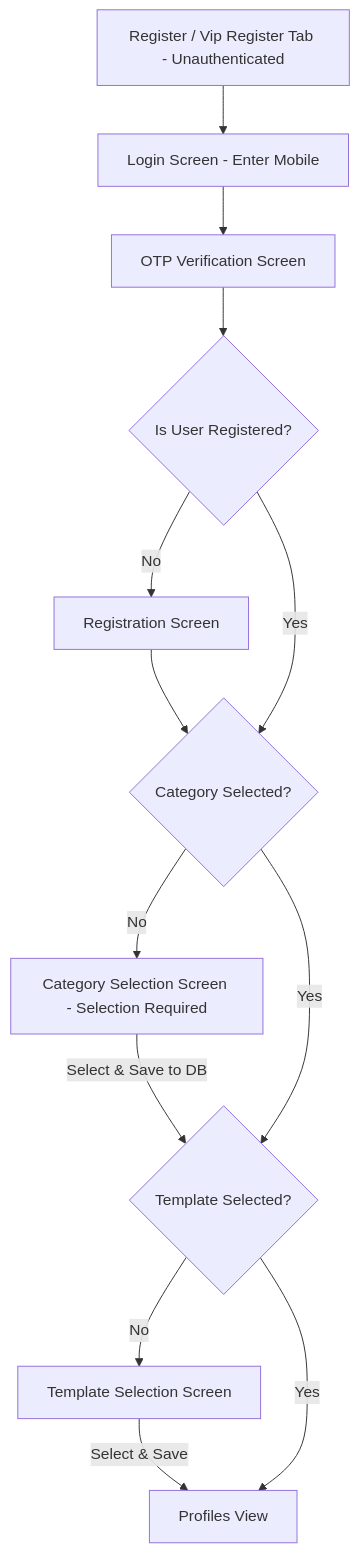
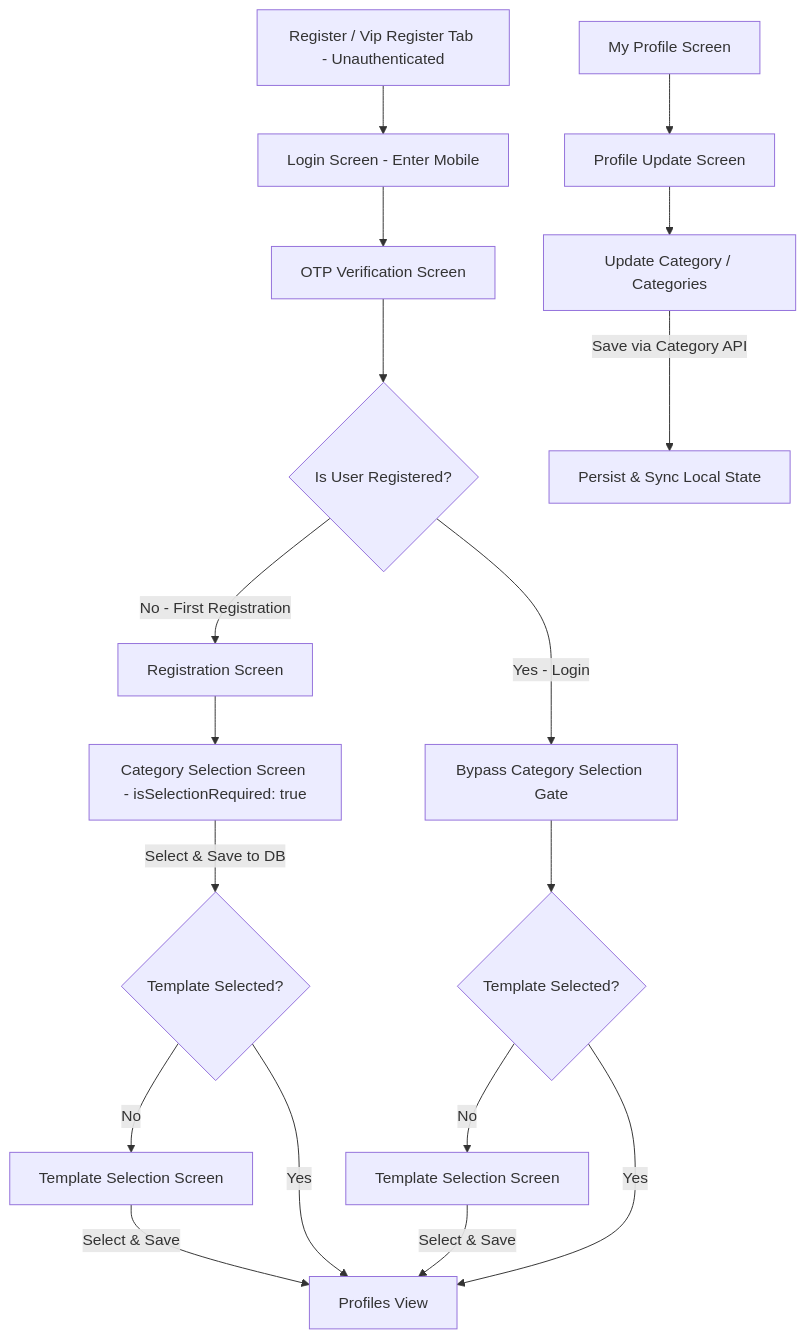
The diagram in GEMINI.md (irshadvkd/holynikkah), drawn with Mermaid before and after one commit. The commit also changed other lines of this file and 68 other files, not shown here.

````diff
--- a/GEMINI.md
+++ b/GEMINI.md
@@ -11,15 +11,26 @@
 ```mermaid
 graph TD
     A[Register / Vip Register Tab - Unauthenticated] --> B[Login Screen - Enter Mobile]
     B --> C[OTP Verification Screen]
     C --> D{Is User Registered?}
-    D -->|No| E[Registration Screen]
-    E --> F{Category Selected?}
-    D -->|Yes| F
-    F -->|No| G[Category Selection Screen - Selection Required]
-    G -->|Select & Save to DB| H{Template Selected?}
-    F -->|Yes| H
-    H -->|No| I[Template Selection Screen]
-    I -->|Select & Save| J[Profiles View]
-    H -->|Yes| J
+    
+    %% First Registration Flow
+    D -->|No - First Registration| E[Registration Screen]
+    E --> F[Category Selection Screen - isSelectionRequired: true]
+    F -->|Select & Save to DB| G{Template Selected?}
+    G -->|No| H[Template Selection Screen]
+    H -->|Select & Save| I[Profiles View]
+    G -->|Yes| I
+
+    %% Login Flow (Existing User)
+    D -->|Yes - Login| J[Bypass Category Selection Gate]
+    J --> K{Template Selected?}
+    K -->|No| L[Template Selection Screen]
+    L -->|Select & Save| I
+    K -->|Yes| I
+
+    %% Profile Category Update
+    M[My Profile Screen] --> N[Profile Update Screen]
+    N --> O[Update Category / Categories]
+    O -->|Save via Category API| P[Persist & Sync Local State]
 ```
````
